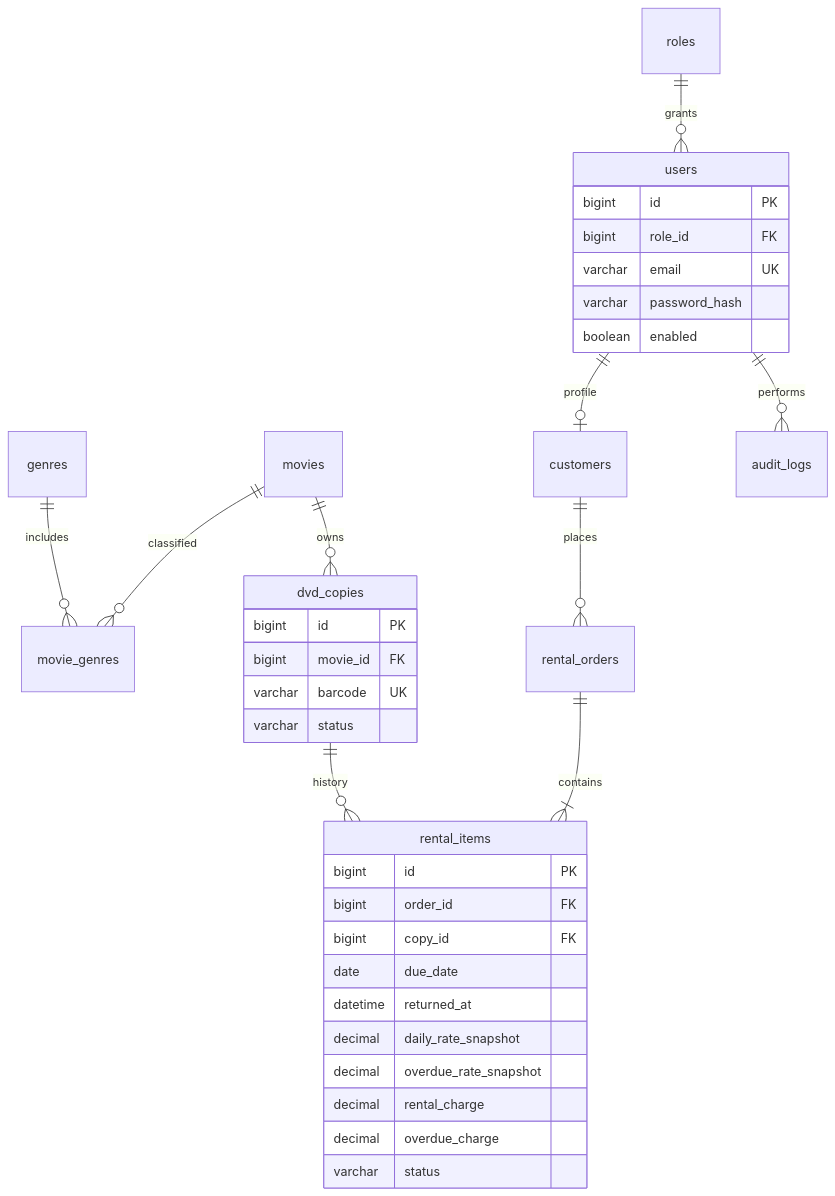
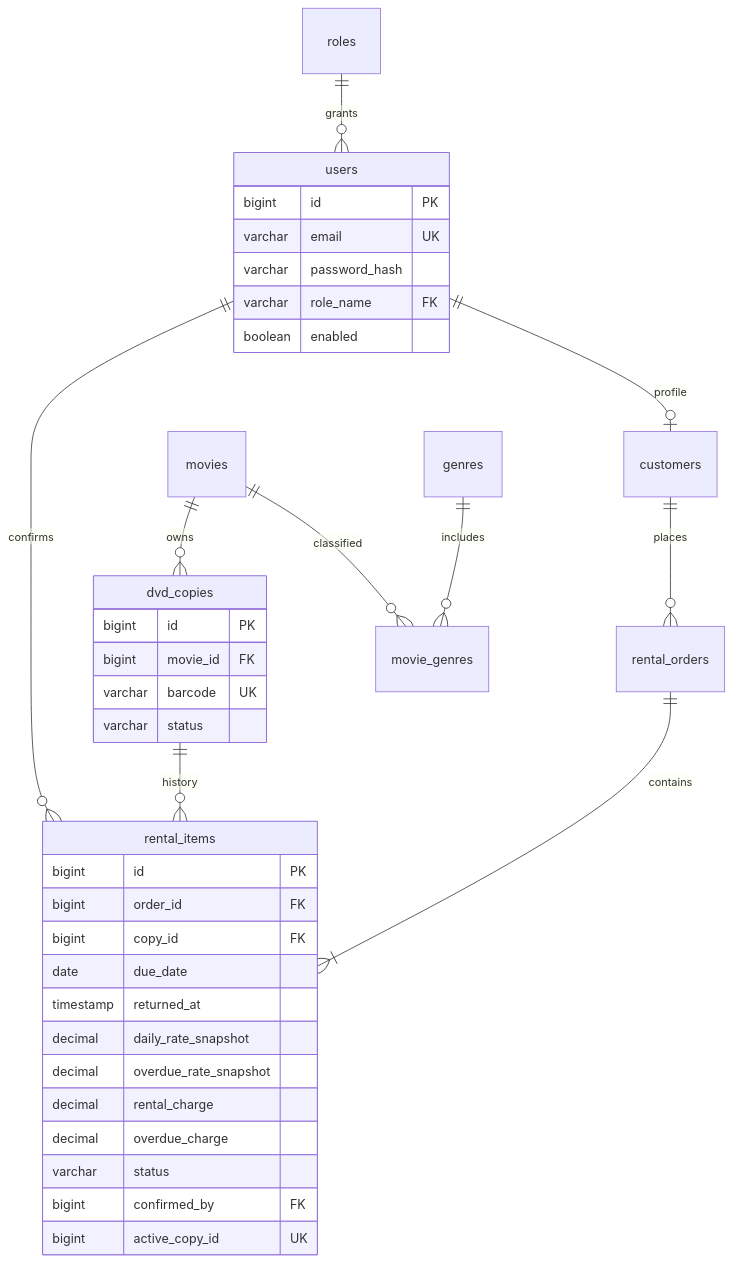
The diagram in docs/database.md (mikeli94cn/dvd_rental_chatgpt), drawn with Mermaid before and after one commit. The commit also changed other lines of this file and 82 other files, not shown here.

````diff
--- a/docs/database.md
+++ b/docs/database.md
@@ -6,37 +3,39 @@
 ```mermaid
 erDiagram
     roles ||--o{ users : grants
     users ||--o| customers : profile
     movies ||--o{ movie_genres : classified
     genres ||--o{ movie_genres : includes
     movies ||--o{ dvd_copies : owns
     customers ||--o{ rental_orders : places
     rental_orders ||--|{ rental_items : contains
     dvd_copies ||--o{ rental_items : history
-    users ||--o{ audit_logs : performs
+    users ||--o{ rental_items : confirms
     users {
         bigint id PK
-        bigint role_id FK
         varchar email UK
         varchar password_hash
+        varchar role_name FK
         boolean enabled
     }
     dvd_copies {
         bigint id PK
         bigint movie_id FK
         varchar barcode UK
         varchar status
     }
     rental_items {
         bigint id PK
         bigint order_id FK
         bigint copy_id FK
         date due_date
-        datetime returned_at
+        timestamp returned_at
         decimal daily_rate_snapshot
         decimal overdue_rate_snapshot
         decimal rental_charge
         decimal overdue_charge
         varchar status
+        bigint confirmed_by FK
+        bigint active_copy_id UK
     }
 ```
````
